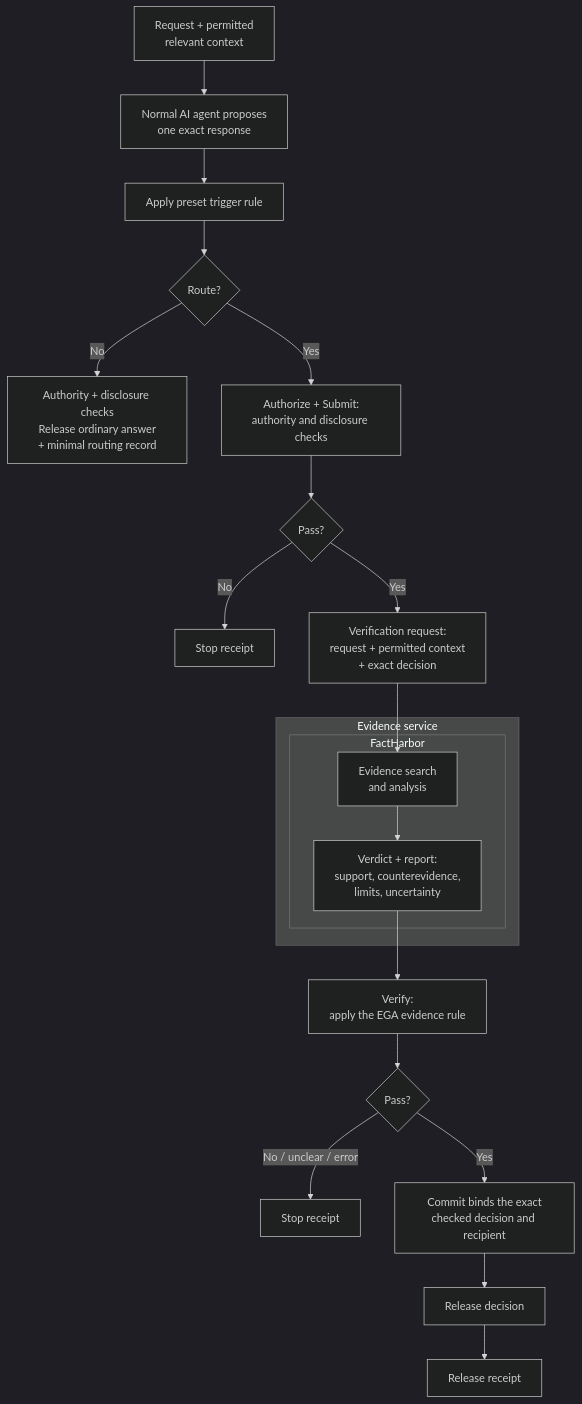
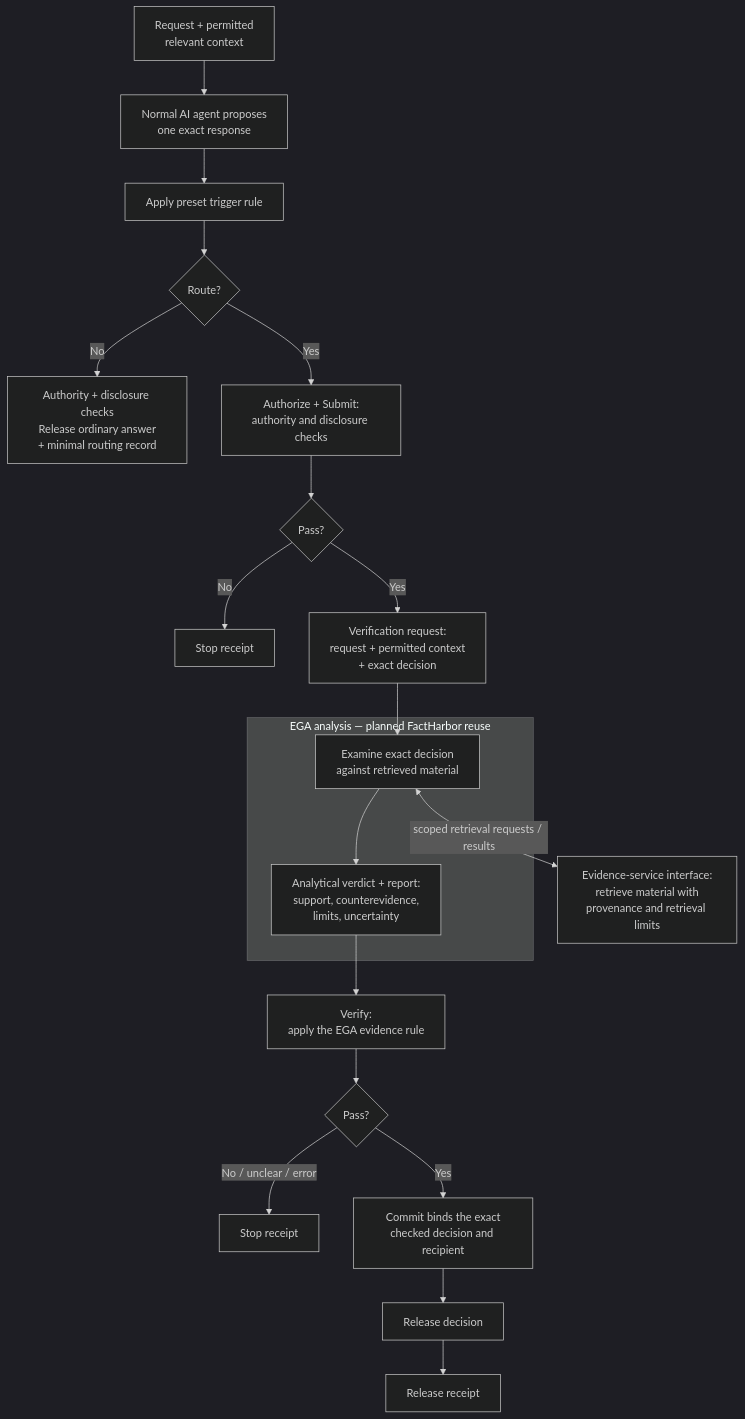
One commit to robertschaub/our-ai-charter changed the second of 2 diagrams in docs/Assurance/Concepts/evidence-gated-agents.md. Above: the diagram before and after it, drawn with Mermaid (dark theme). The commit also changed other lines of this file and 11 other files, not shown here.

````diff
--- a/docs/Assurance/Concepts/evidence-gated-agents.md
+++ b/docs/Assurance/Concepts/evidence-gated-agents.md
@@ -143,23 +151,23 @@
 ```mermaid
 flowchart TD
     U["Request + permitted<br/>relevant context"] --> A["Normal AI agent proposes<br/>one exact response"]
     A --> T["Apply preset trigger rule"]
     T --> R{"Route?"}
     R -->|No| OA["Authority + disclosure checks<br/>Release ordinary answer<br/>+ minimal routing record"]
     R -->|Yes| PRE["Authorize + Submit:<br/>authority and disclosure checks"]
     PRE --> P{"Pass?"}
     P -->|No| N1["Stop receipt"]
     P -->|Yes| Q["Verification request:<br/>request + permitted context<br/>+ exact decision"]
-    subgraph ES["Evidence service"]
-        subgraph FH["FactHarbor"]
-            F["Evidence search<br/>and analysis"] --> FR["Verdict + report:<br/>support, counterevidence,<br/>limits, uncertainty"]
-        end
+    ES["Evidence-service interface:<br/>retrieve material with<br/>provenance and retrieval limits"]
+    subgraph EA["EGA analysis — planned FactHarbor reuse"]
+        F["Examine exact decision<br/>against retrieved material"] --> FR["Analytical verdict + report:<br/>support, counterevidence,<br/>limits, uncertainty"]
     end
     Q --> F
+    F <-->|scoped retrieval requests / results| ES
     FR --> V["Verify:<br/>apply the EGA evidence rule"]
     V --> D{"Pass?"}
     D -->|No / unclear / error| N2["Stop receipt"]
     D -->|Yes| C["Commit binds the exact<br/>checked decision and recipient"]
     C --> O["Release decision"]
     O --> RR["Release receipt"]
 ```
````
